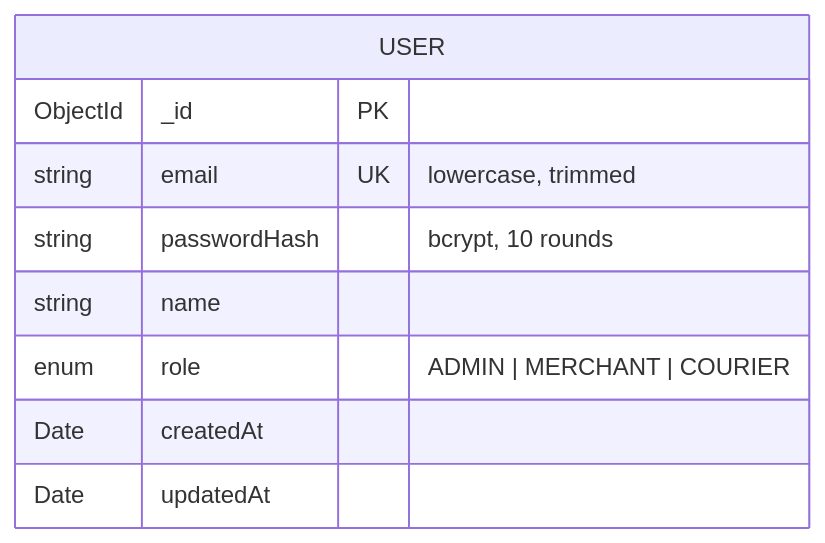
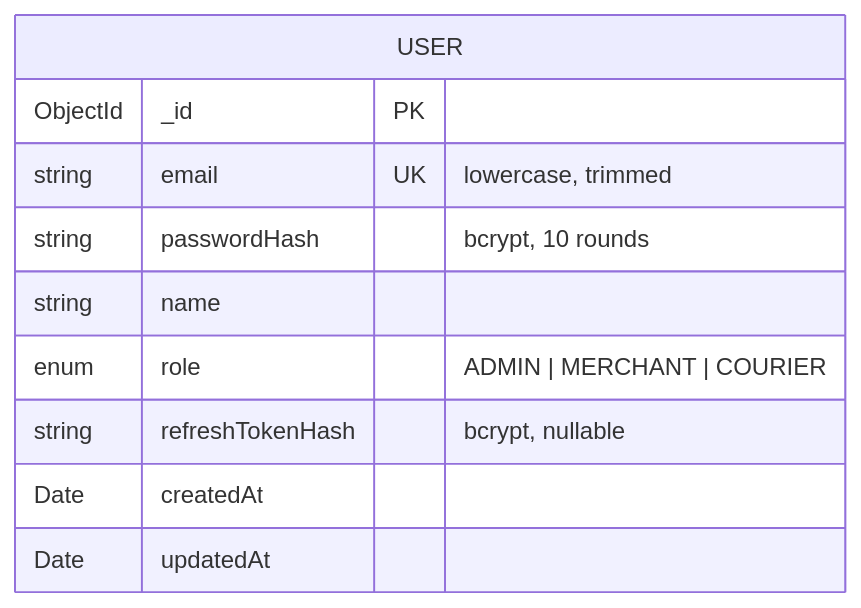
The eighth of 12 diagrams in README.md (mo74x/Fleetpulse), drawn with Mermaid before and after one commit. The commit also changed other lines of this file, not shown here.

````diff
--- a/README.md
+++ b/README.md
@@ -386,12 +392,13 @@
 ```mermaid
 erDiagram
     USER {
         ObjectId _id PK
         string email UK "lowercase, trimmed"
         string passwordHash "bcrypt, 10 rounds"
         string name
         enum role "ADMIN | MERCHANT | COURIER"
+        string refreshTokenHash "bcrypt, nullable"
         Date createdAt
         Date updatedAt
     }
 ```
````
